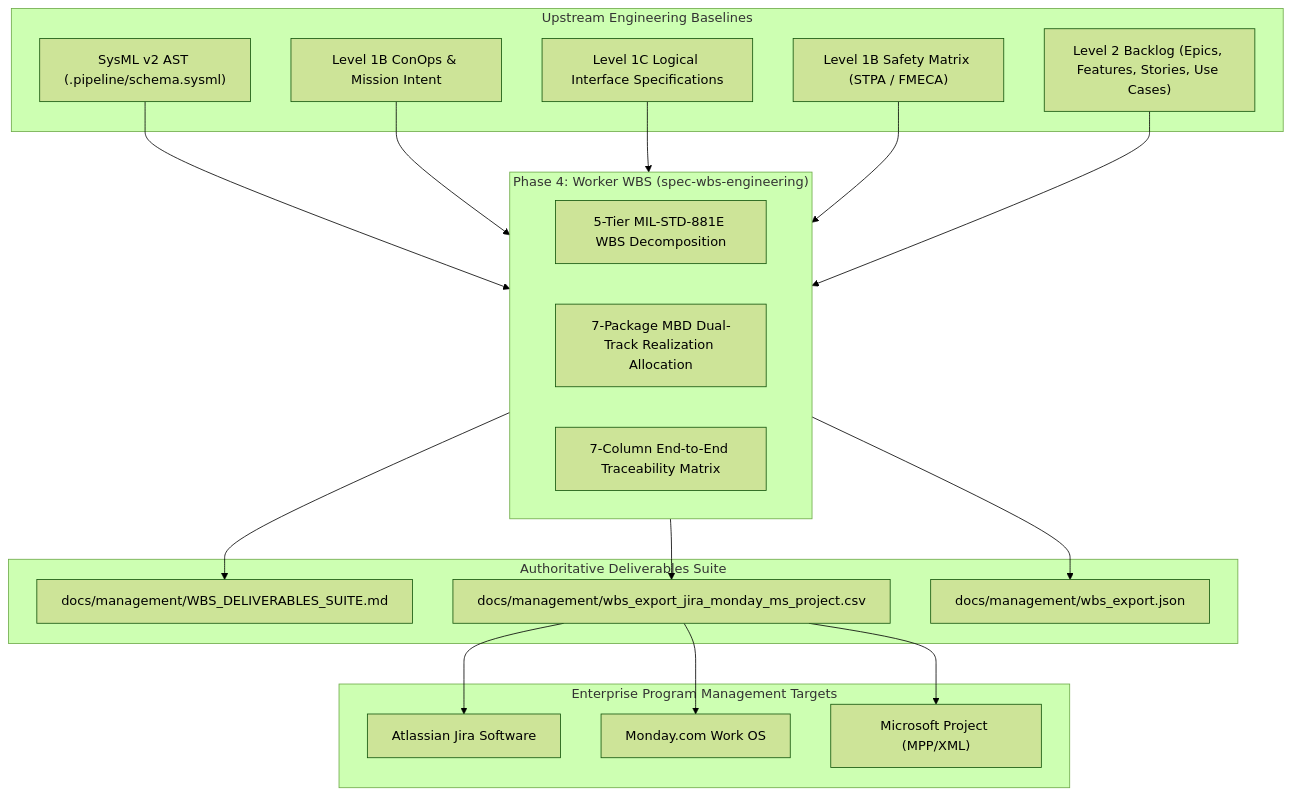
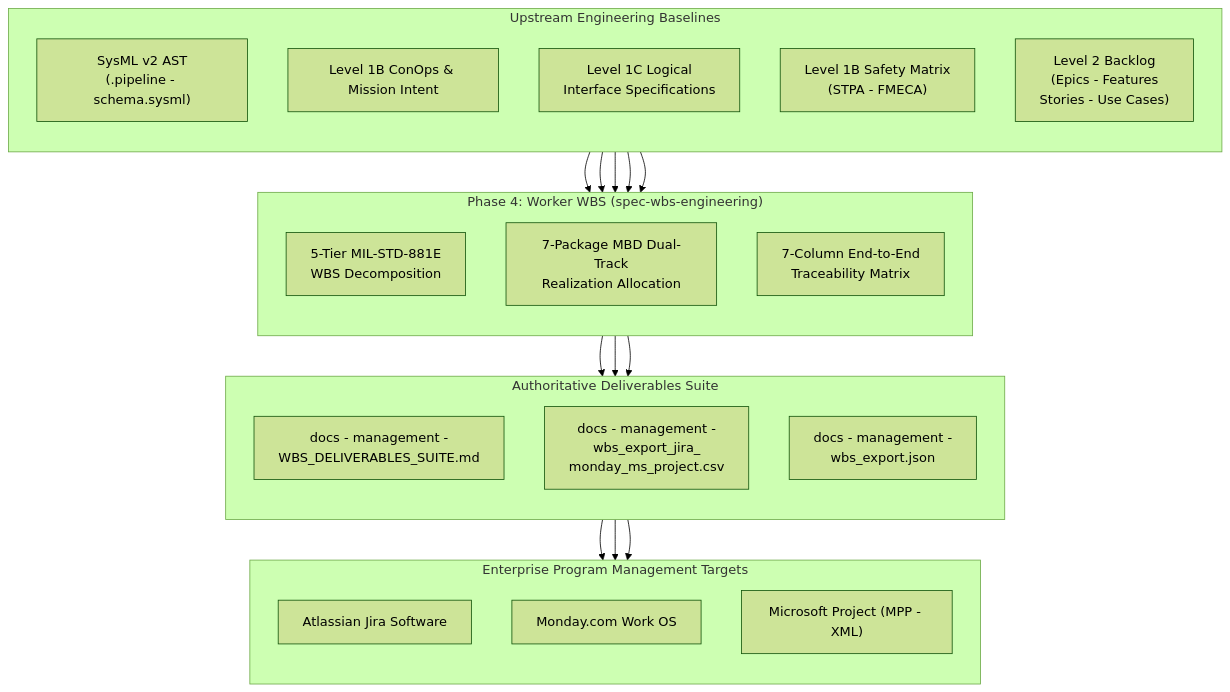
One commit to gintatkinson/DEAP01-spec-core changed the first of 3 diagrams in skills/spec-wbs-engineering/SKILL.md. Above: the diagram before and after it, drawn with Mermaid (forest theme). The commit also changed other lines of this file and 13 other files, not shown here.

````diff
--- a/skills/spec-wbs-engineering/SKILL.md
+++ b/skills/spec-wbs-engineering/SKILL.md
@@ -50,42 +50,46 @@
 ```mermaid
 flowchart TD
     subgraph Upstream["Upstream Engineering Baselines"]
-        SYSML["SysML v2 AST (.pipeline/schema.sysml)"]
+        direction TB
+        SYSML["SysML v2 AST<br/>(.pipeline - schema.sysml)"]
         CONOPS["Level 1B ConOps & Mission Intent"]
-        ICD["Level 1C Logical Interface Specifications"]
-        STPA["Level 1B Safety Matrix (STPA / FMECA)"]
-        SPECS["Level 2 Backlog (Epics, Features, Stories, Use Cases)"]
+        ICD["Level 1C Logical<br/>Interface Specifications"]
+        STPA["Level 1B Safety Matrix<br/>(STPA - FMECA)"]
+        SPECS["Level 2 Backlog<br/>(Epics - Features<br/>Stories - Use Cases)"]
     end
 
     subgraph WorkerWBS["Phase 4: Worker WBS (spec-wbs-engineering)"]
-        WBS_DECOMP["5-Tier MIL-STD-881E WBS Decomposition"]
-        MBD_REG["7-Package MBD Dual-Track Realization Allocation"]
-        TRACE_7COL["7-Column End-to-End Traceability Matrix"]
+        direction TB
+        WBS_DECOMP["5-Tier MIL-STD-881E<br/>WBS Decomposition"]
+        MBD_REG["7-Package MBD Dual-Track<br/>Realization Allocation"]
+        TRACE_7COL["7-Column End-to-End<br/>Traceability Matrix"]
     end
 
     subgraph Deliverables["Authoritative Deliverables Suite"]
-        DOC_WBS["docs/management/WBS_DELIVERABLES_SUITE.md"]
-        CSV_EXP["docs/management/wbs_export_jira_monday_ms_project.csv"]
-        JSON_AST["docs/management/wbs_export.json"]
+        direction TB
+        DOC_WBS["docs - management -<br/>WBS_DELIVERABLES_SUITE.md"]
+        CSV_EXP["docs - management -<br/>wbs_export_jira_<br/>monday_ms_project.csv"]
+        JSON_AST["docs - management -<br/>wbs_export.json"]
     end
 
     subgraph EnterprisePM["Enterprise Program Management Targets"]
+        direction TB
         JIRA["Atlassian Jira Software"]
         MONDAY["Monday.com Work OS"]
-        MSPROJ["Microsoft Project (MPP/XML)"]
+        MSPROJ["Microsoft Project (MPP - XML)"]
     end
 
     SYSML --> WorkerWBS
     CONOPS --> WorkerWBS
     ICD --> WorkerWBS
     STPA --> WorkerWBS
     SPECS --> WorkerWBS
 
     WorkerWBS --> DOC_WBS
     WorkerWBS --> CSV_EXP
     WorkerWBS --> JSON_AST
 
     CSV_EXP --> JIRA
     CSV_EXP --> MONDAY
     CSV_EXP --> MSPROJ
 ```
````
